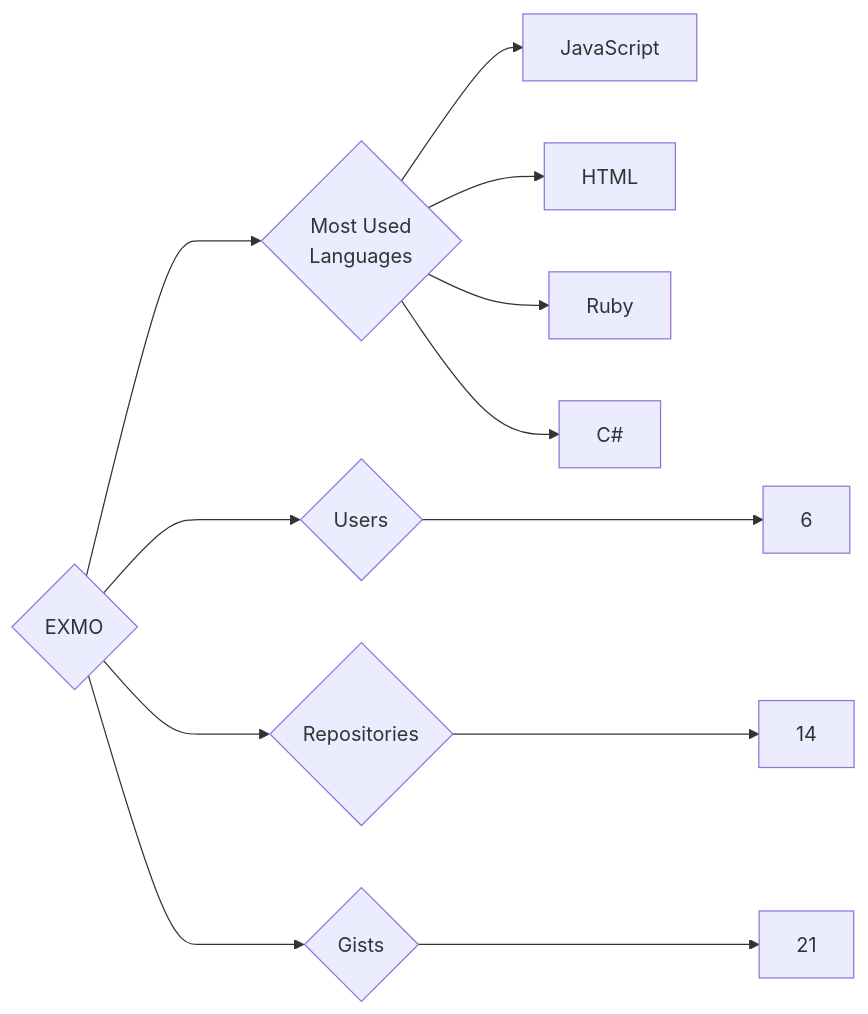
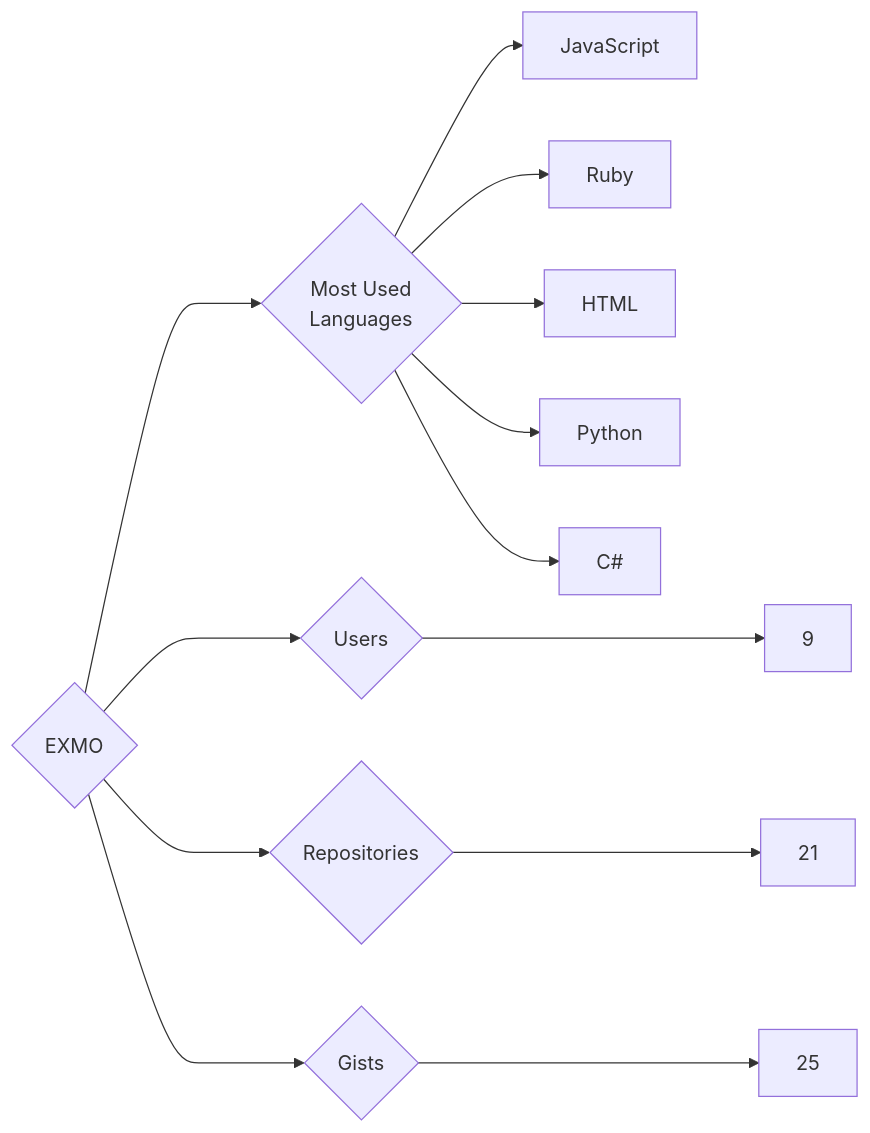
Before and after one commit to trickest/insiders: the diagram in targets/EXMO/README.md, drawn with Mermaid. The commit also changed 776 other files, not shown here.

````diff
--- a/targets/EXMO/README.md
+++ b/targets/EXMO/README.md
@@ -3,12 +3,13 @@
 ```mermaid
 graph LR
 COMPANY_NAME{EXMO}
-COMPANY_NAME ---> U{Users} ---> UN[6]
-COMPANY_NAME ---> R{Repositories} ---> RN[14]
-COMPANY_NAME ---> G{Gists} ---> GN[21]
+COMPANY_NAME ---> U{Users} ---> UN[9]
+COMPANY_NAME ---> R{Repositories} ---> RN[21]
+COMPANY_NAME ---> G{Gists} ---> GN[25]
 COMPANY_NAME ---> ML{Most Used<br>Languages}
 ML --> JavaScript[JavaScript]
+ML --> Ruby[Ruby]
 ML --> HTML[HTML]
-ML --> Ruby[Ruby]
+ML --> Python[Python]
 ML --> C#[C#]
 ```
````
